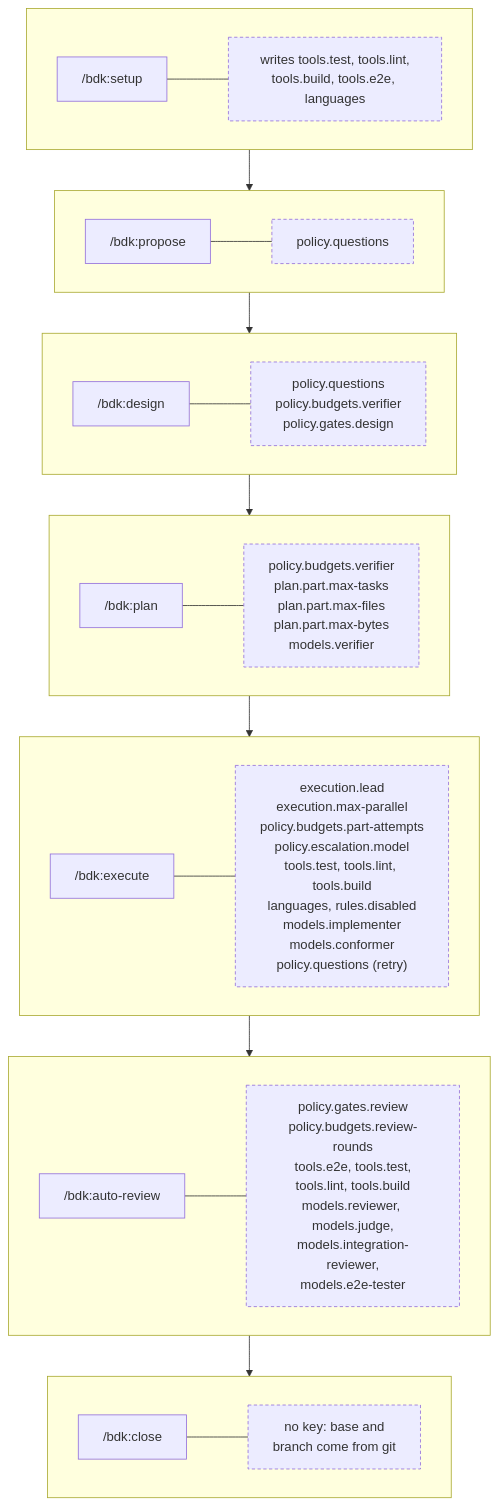
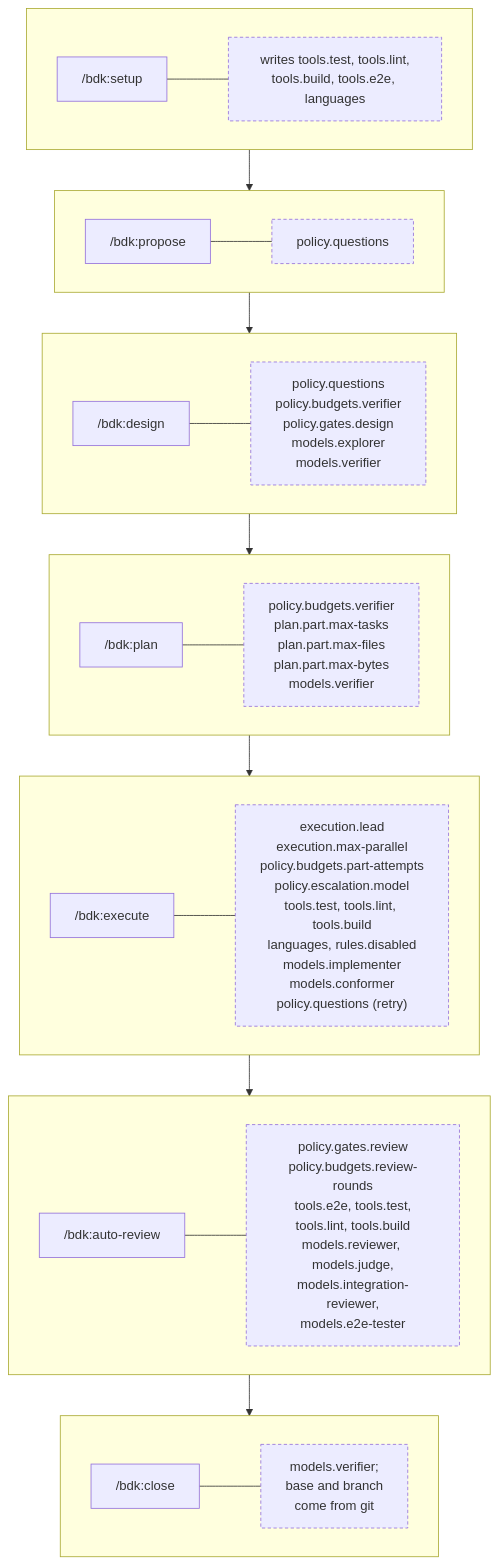
The fourth of 6 diagrams in docs/concepts/cli-config-hooks.md (broneq/bdk), drawn with Mermaid before and after one commit. The commit also changed other lines of this file and 61 other files, not shown here.

First line of the commit message:
feat(bdk): models.<role> for every agent, explorer included

````diff
--- a/docs/concepts/cli-config-hooks.md
+++ b/docs/concepts/cli-config-hooks.md
@@ -89,39 +89,39 @@
 ```mermaid
 flowchart TB
   subgraph R0[" "]
     direction LR
     S0["/bdk:setup"] --- C0["writes tools.test, tools.lint,<br/>tools.build, tools.e2e, languages"]
   end
   subgraph R1[" "]
     direction LR
     S1["/bdk:propose"] --- C1["policy.questions"]
   end
   subgraph R2[" "]
     direction LR
-    S2["/bdk:design"] --- C2["policy.questions<br/>policy.budgets.verifier<br/>policy.gates.design"]
+    S2["/bdk:design"] --- C2["policy.questions<br/>policy.budgets.verifier<br/>policy.gates.design<br/>models.explorer<br/>models.verifier"]
   end
   subgraph R3[" "]
     direction LR
     S3["/bdk:plan"] --- C3["policy.budgets.verifier<br/>plan.part.max-tasks<br/>plan.part.max-files<br/>plan.part.max-bytes<br/>models.verifier"]
   end
   subgraph R4[" "]
     direction LR
     S4["/bdk:execute"] --- C4["execution.lead<br/>execution.max-parallel<br/>policy.budgets.part-attempts<br/>policy.escalation.model<br/>tools.test, tools.lint, tools.build<br/>languages, rules.disabled<br/>models.implementer<br/>models.conformer<br/>policy.questions (retry)"]
   end
   subgraph R5[" "]
     direction LR
     S5["/bdk:auto-review"] --- C5["policy.gates.review<br/>policy.budgets.review-rounds<br/>tools.e2e, tools.test,<br/>tools.lint, tools.build<br/>models.reviewer, models.judge,<br/>models.integration-reviewer,<br/>models.e2e-tester"]
   end
   subgraph R6[" "]
     direction LR
-    S6["/bdk:close"] --- C6["no key: base and<br/>branch come from git"]
+    S6["/bdk:close"] --- C6["models.verifier;<br/>base and branch<br/>come from git"]
   end
   R0 --> R1
   R1 --> R2
   R2 --> R3
   R3 --> R4
   R4 --> R5
   R5 --> R6
   classDef aside stroke-dasharray:4 3
   class C0,C1,C2,C3,C4,C5,C6 aside
 ```
````
